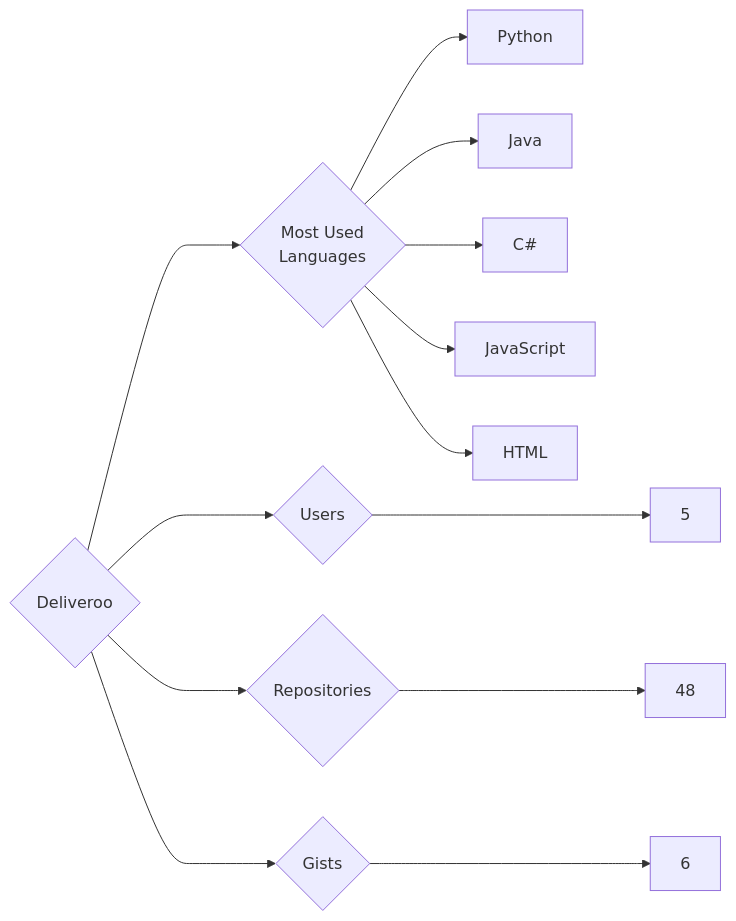
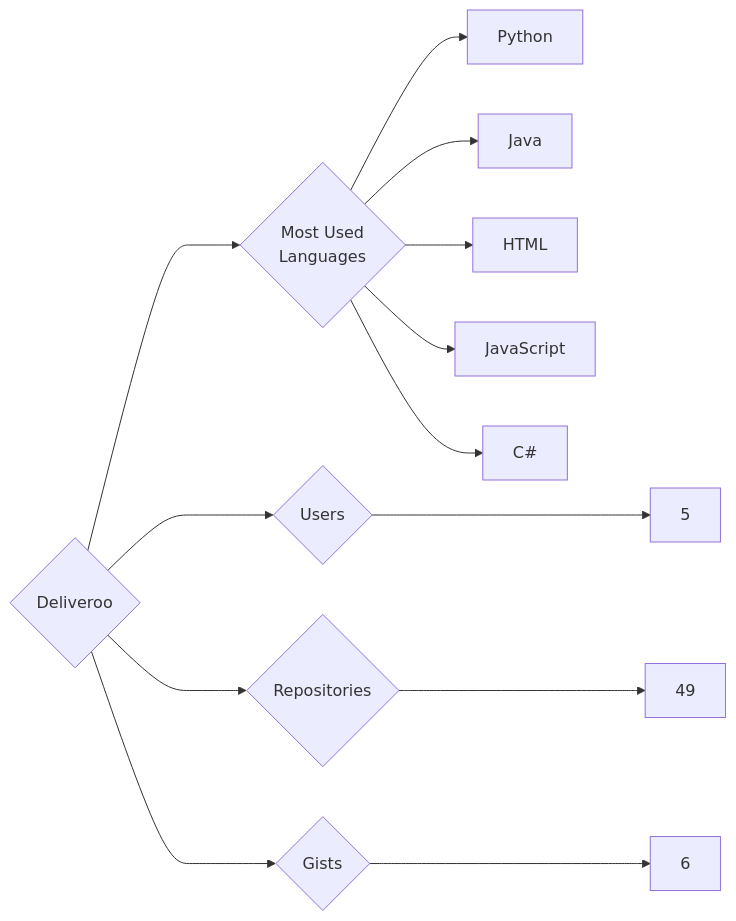
The diagram in targets/Deliveroo/README.md (trickest/insiders), drawn with Mermaid before and after one commit. The commit also changed 1007 other files, not shown here.

````diff
--- a/targets/Deliveroo/README.md
+++ b/targets/Deliveroo/README.md
@@ -3,13 +3,13 @@
 ```mermaid
 graph LR
 COMPANY_NAME{Deliveroo}
 COMPANY_NAME ---> U{Users} ---> UN[5]
-COMPANY_NAME ---> R{Repositories} ---> RN[48]
+COMPANY_NAME ---> R{Repositories} ---> RN[49]
 COMPANY_NAME ---> G{Gists} ---> GN[6]
 COMPANY_NAME ---> ML{Most Used<br>Languages}
 ML --> Python[Python]
 ML --> Java[Java]
+ML --> HTML[HTML]
+ML --> JavaScript[JavaScript]
 ML --> C#[C#]
-ML --> JavaScript[JavaScript]
-ML --> HTML[HTML]
 ```
````
